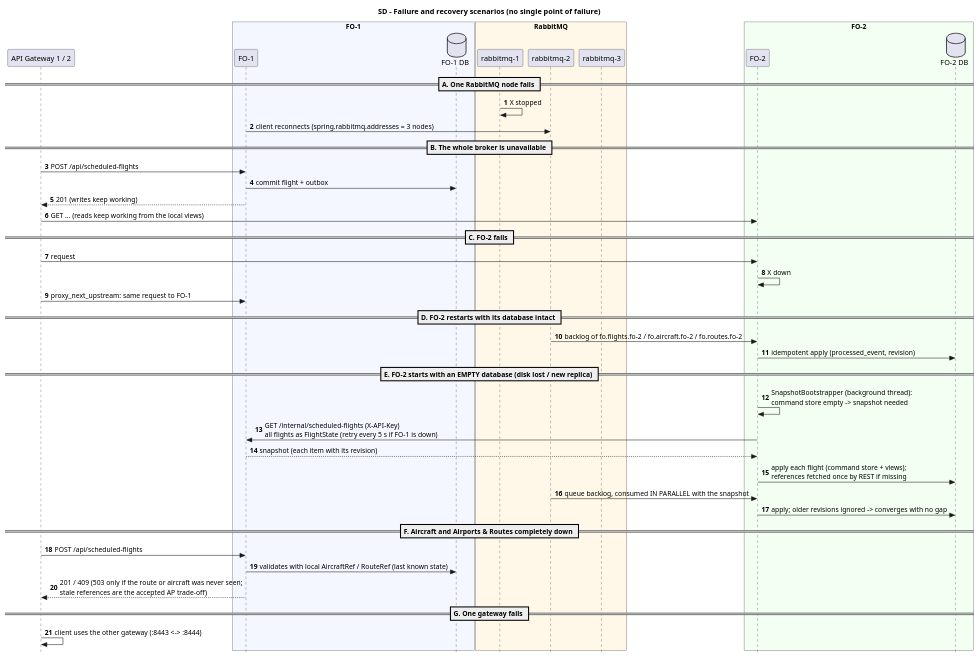
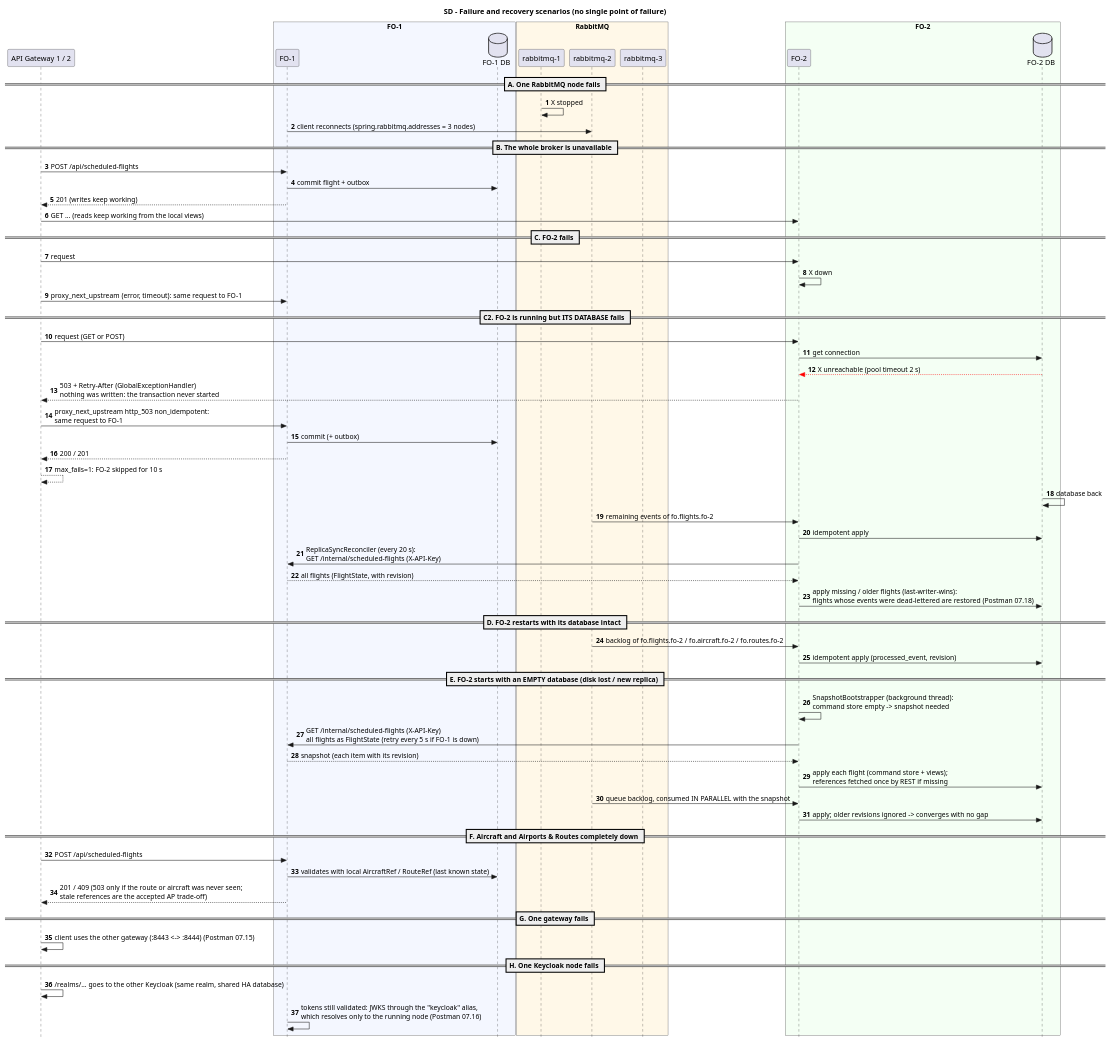
One commit to anamartasilvaa/SIDIG_AI_Safe changed the diagram in Services/Flighting Operations/docs/sd-failure-recovery.puml. Above: the diagram before and after it, drawn with PlantUML. The commit also changed 27 other files, not shown here.

Commit message:
documentação e diagramas atualizados

```diff
--- a/Services/Flighting Operations/docs/sd-failure-recovery.puml
+++ b/Services/Flighting Operations/docs/sd-failure-recovery.puml
@@ -1,55 +1,75 @@
 @startuml sd-failure-recovery
 skinparam style strictuml
 autonumber
 title SD - Failure and recovery scenarios (no single point of failure)
 
 participant "API Gateway 1 / 2" as GW
 box "FO-1" #F4F7FF
 participant "FO-1" as F1
 database "FO-1 DB" as D1
 end box
 box "RabbitMQ" #FFF8E8
 participant "rabbitmq-1" as R1
 participant "rabbitmq-2" as R2
 participant "rabbitmq-3" as R3
 end box
 box "FO-2" #F4FFF4
 participant "FO-2" as F2
 database "FO-2 DB" as D2
 end box
 
 == A. One RabbitMQ node fails ==
 R1 -> R1 : X stopped
 F1 -> R2 : client reconnects (spring.rabbitmq.addresses = 3 nodes)
 
 == B. The whole broker is unavailable ==
 GW -> F1 : POST /api/scheduled-flights
 F1 -> D1 : commit flight + outbox
 F1 --> GW : 201 (writes keep working)
 GW -> F2 : GET ... (reads keep working from the local views)
 
 == C. FO-2 fails ==
 GW -> F2 : request
 F2 -> F2 : X down
-GW -> F1 : proxy_next_upstream: same request to FO-1
+GW -> F1 : proxy_next_upstream (error, timeout): same request to FO-1
+
+== C2. FO-2 is running but ITS DATABASE fails ==
+GW -> F2 : request (GET or POST)
+F2 -> D2 : get connection
+D2 -[#red]-> F2 : X unreachable (pool timeout 2 s)
+F2 --> GW : 503 + Retry-After (GlobalExceptionHandler)\nnothing was written: the transaction never started
+GW -> F1 : proxy_next_upstream http_503 non_idempotent:\nsame request to FO-1
+F1 -> D1 : commit (+ outbox)
+F1 --> GW : 200 / 201
+GW --> GW : max_fails=1: FO-2 skipped for 10 s
+D2 -> D2 : database back
+R2 -> F2 : remaining events of fo.flights.fo-2
+F2 -> D2 : idempotent apply
+F2 -> F1 : ReplicaSyncReconciler (every 20 s):\nGET /internal/scheduled-flights (X-API-Key)
+F1 --> F2 : all flights (FlightState, with revision)
+F2 -> D2 : apply missing / older flights (last-writer-wins):\nflights whose events were dead-lettered are restored (Postman 07.18)
 
 == D. FO-2 restarts with its database intact ==
 R2 -> F2 : backlog of fo.flights.fo-2 / fo.aircraft.fo-2 / fo.routes.fo-2
 F2 -> D2 : idempotent apply (processed_event, revision)
 
 == E. FO-2 starts with an EMPTY database (disk lost / new replica) ==
 F2 -> F2 : SnapshotBootstrapper (background thread):\ncommand store empty -> snapshot needed
 F2 -> F1 : GET /internal/scheduled-flights (X-API-Key)\nall flights as FlightState (retry every 5 s if FO-1 is down)
 F1 --> F2 : snapshot (each item with its revision)
 F2 -> D2 : apply each flight (command store + views);\nreferences fetched once by REST if missing
 R2 -> F2 : queue backlog, consumed IN PARALLEL with the snapshot
 F2 -> D2 : apply; older revisions ignored -> converges with no gap
 
 == F. Aircraft and Airports & Routes completely down ==
 GW -> F1 : POST /api/scheduled-flights
 F1 -> D1 : validates with local AircraftRef / RouteRef (last known state)
 F1 --> GW : 201 / 409 (503 only if the route or aircraft was never seen;\nstale references are the accepted AP trade-off)
 
 == G. One gateway fails ==
-GW -> GW : client uses the other gateway (:8443 <-> :8444)
+GW -> GW : client uses the other gateway (:8443 <-> :8444) (Postman 07.15)
+
+== H. One Keycloak node fails ==
+GW -> GW : /realms/... goes to the other Keycloak (same realm, shared HA database)
+F1 -> F1 : tokens still validated: JWKS through the "keycloak" alias,\nwhich resolves only to the running node (Postman 07.16)
 @enduml
```
